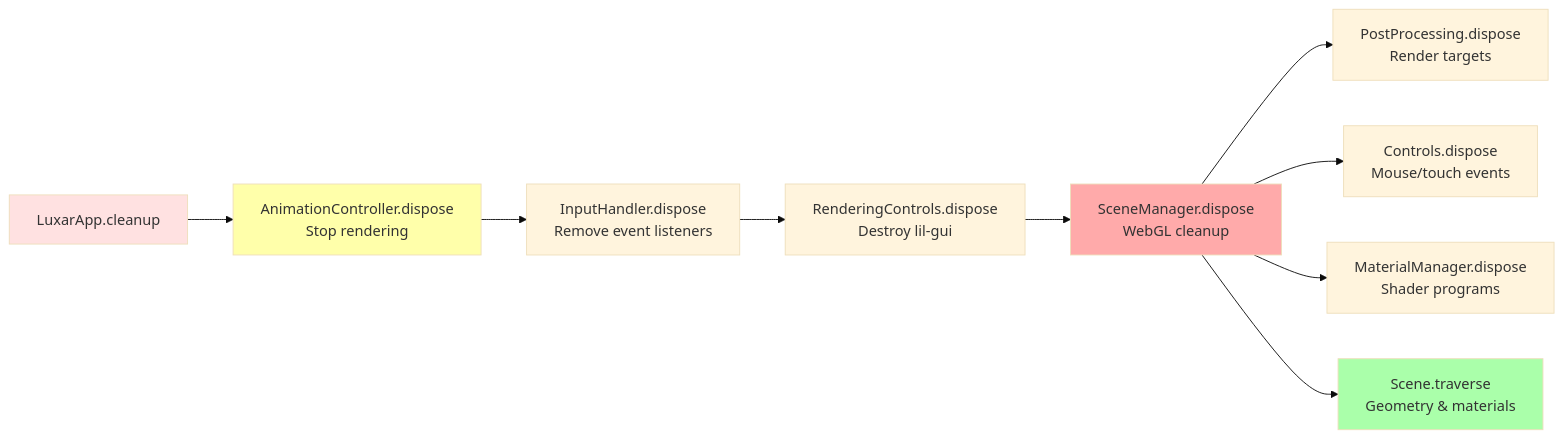
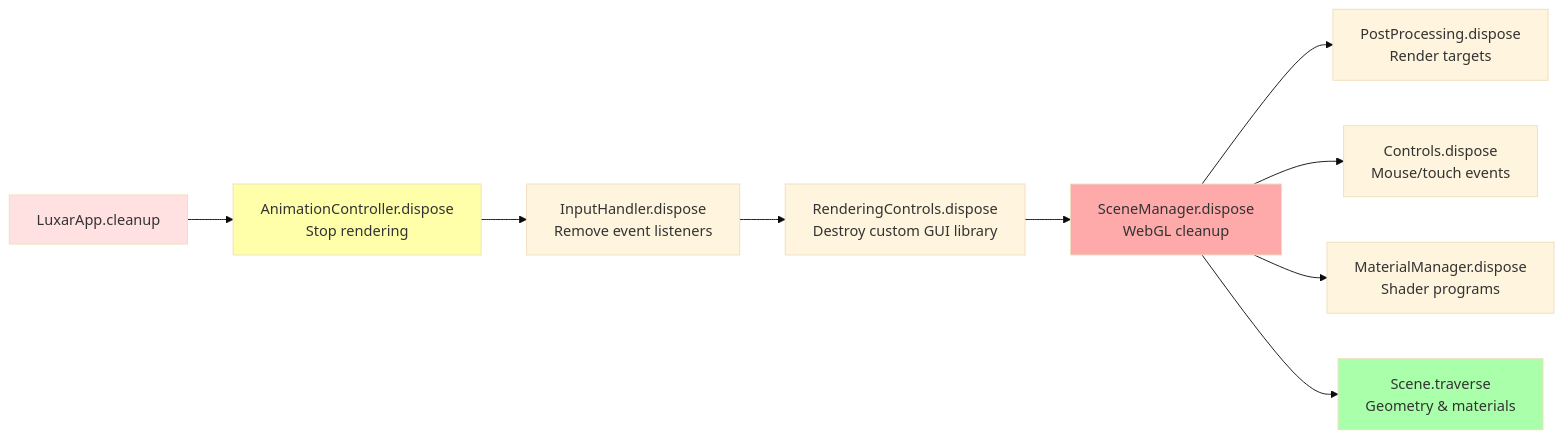
Diagram 11 of 12 in packages/luxar-viewer/ARCHITECTURE-DIAGRAMS.md (royerlab/luxar), drawn with Mermaid (base theme) before and after one commit. The commit also changed 124 other files, not shown here.

````diff
--- a/packages/luxar-viewer/ARCHITECTURE-DIAGRAMS.md
+++ b/packages/luxar-viewer/ARCHITECTURE-DIAGRAMS.md
@@ -807,21 +807,21 @@
 ```mermaid
 graph LR
     A[LuxarApp.cleanup]
     B[AnimationController.dispose<br/>Stop rendering]
     C[InputHandler.dispose<br/>Remove event listeners]
-    D[RenderingControls.dispose<br/>Destroy lil-gui]
+    D[RenderingControls.dispose<br/>Destroy custom GUI library]
     E[SceneManager.dispose<br/>WebGL cleanup]
 
     F[PostProcessing.dispose<br/>Render targets]
     G[Controls.dispose<br/>Mouse/touch events]
     H[MaterialManager.dispose<br/>Shader programs]
     I[Scene.traverse<br/>Geometry & materials]
 
     A --> B --> C --> D --> E
     E --> F & G & H & I
 
     style A fill:#ffe1e1
     style B fill:#ffffaa
     style E fill:#ffaaaa
     style I fill:#aaffaa
 ```
````
